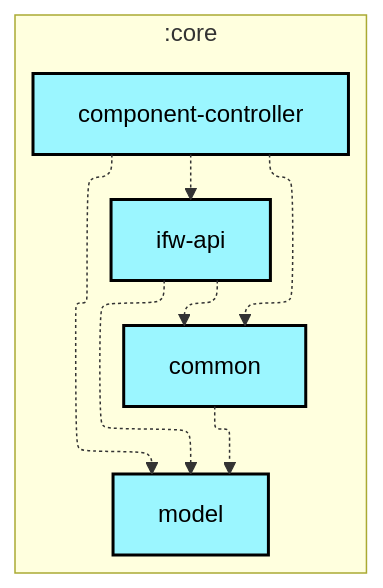
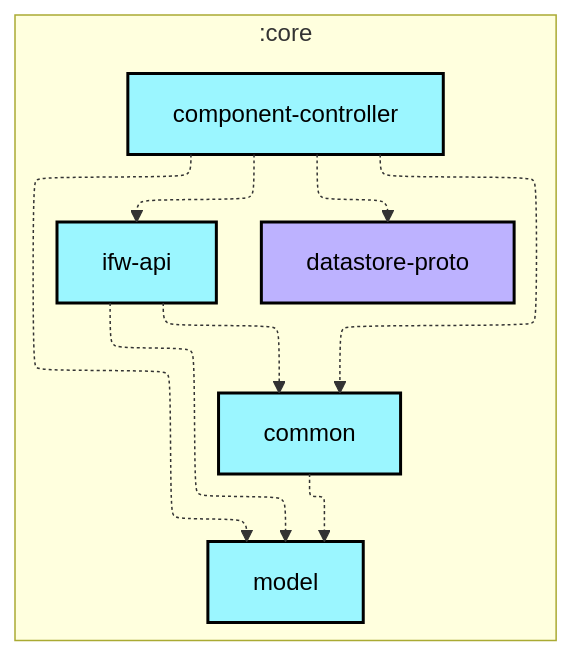
One commit to lihenggui/blocker changed the first of 2 diagrams in core/component-controller/README.md. Above: the diagram before and after it, drawn with Mermaid. The commit also changed 82 other files, not shown here.

````diff
--- a/core/component-controller/README.md
+++ b/core/component-controller/README.md
@@ -6,30 +6,32 @@
 ```mermaid
 ---
 config:
   layout: elk
   elk:
     nodePlacementStrategy: SIMPLE
 ---
 graph TB
   subgraph :core
     direction TB
     :core:common[common]:::android-library
     :core:component-controller[component-controller]:::android-library
+    :core:datastore-proto[datastore-proto]:::jvm-library
     :core:ifw-api[ifw-api]:::android-library
     :core:model[model]:::android-library
   end
 
   :core:common -.-> :core:model
   :core:component-controller -.-> :core:common
+  :core:component-controller -.-> :core:datastore-proto
   :core:component-controller -.-> :core:ifw-api
   :core:component-controller -.-> :core:model
   :core:ifw-api -.-> :core:common
   :core:ifw-api -.-> :core:model
 
 classDef android-application fill:#CAFFBF,stroke:#000,stroke-width:2px,color:#000;
 classDef android-feature fill:#FFD6A5,stroke:#000,stroke-width:2px,color:#000;
 classDef android-library fill:#9BF6FF,stroke:#000,stroke-width:2px,color:#000;
 classDef android-test fill:#A0C4FF,stroke:#000,stroke-width:2px,color:#000;
 classDef jvm-library fill:#BDB2FF,stroke:#000,stroke-width:2px,color:#000;
 classDef unknown fill:#FFADAD,stroke:#000,stroke-width:2px,color:#000;
 ```
````
